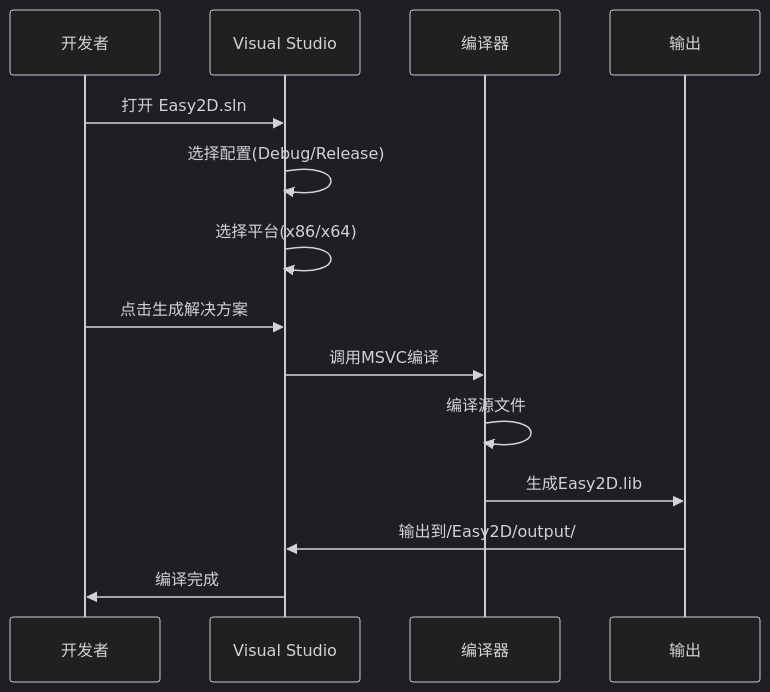
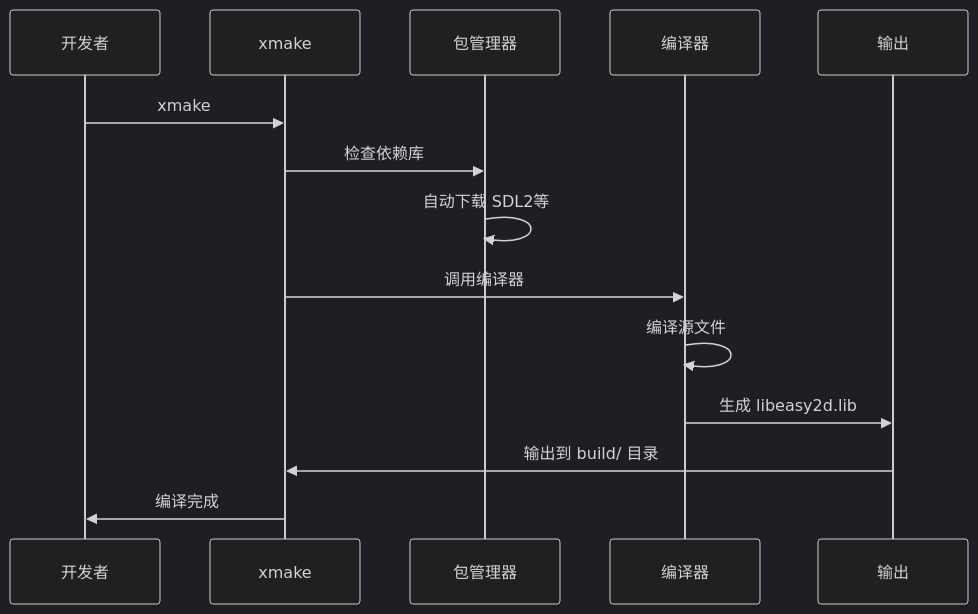
The seventh of 16 diagrams in README.md (ChestnutYueyue/Easy2D), drawn with Mermaid (dark theme) before and after one commit. The commit also changed other lines of this file and 2 other files, not shown here.

````diff
--- a/README.md
+++ b/README.md
@@ -228,17 +251,17 @@
 ```mermaid
 sequenceDiagram
     participant 开发者
-    participant VS as Visual Studio
+    participant Xmake as xmake
+    participant 包管理器
     participant 编译器
     participant 输出
 
-    开发者->>VS: 打开 Easy2D.sln
-    VS->>VS: 选择配置(Debug/Release)
-    VS->>VS: 选择平台(x86/x64)
-    开发者->>VS: 点击生成解决方案
-    VS->>编译器: 调用MSVC编译
+    开发者->>Xmake: xmake
+    Xmake->>包管理器: 检查依赖库
+    包管理器->>包管理器: 自动下载 SDL2等
+    Xmake->>编译器: 调用编译器
     编译器->>编译器: 编译源文件
-    编译器->>输出: 生成Easy2D.lib
-    输出->>VS: 输出到/Easy2D/output/
-    VS->>开发者: 编译完成
+    编译器->>输出: 生成 libeasy2d.lib
+    输出->>Xmake: 输出到 build/ 目录
+    Xmake->>开发者: 编译完成
 ```
````
